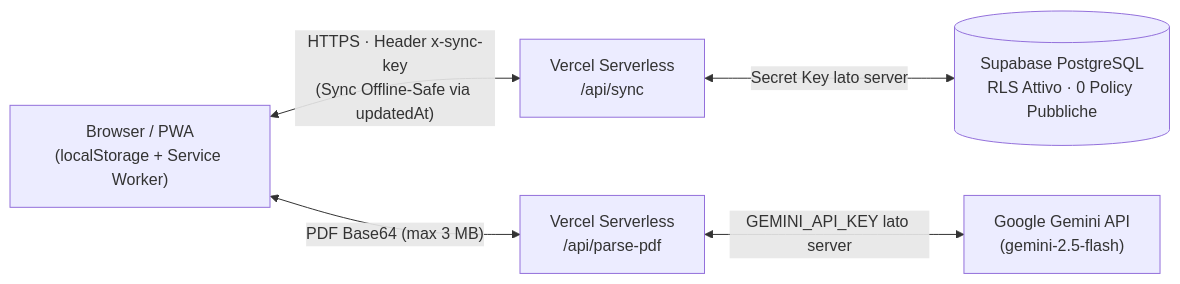
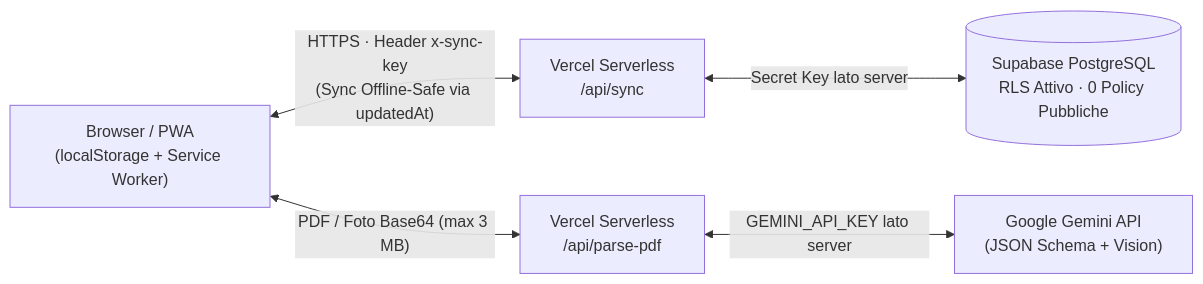
One commit to Dari0-cpu/AvanguardWorkOut changed the diagram in README.md. Above: the diagram before and after it, drawn with Mermaid. The commit also changed other lines of this file and 6 other files, not shown here.

````diff
--- a/README.md
+++ b/README.md
@@ -106,13 +106,13 @@
 ```mermaid
 flowchart LR
     PWA["Browser / PWA<br/>(localStorage + Service Worker)"]
     SYNC["Vercel Serverless<br/>/api/sync"]
     PDF["Vercel Serverless<br/>/api/parse-pdf"]
     DB[("Supabase PostgreSQL<br/>RLS Attivo · 0 Policy Pubbliche")]
-    AI["Google Gemini API<br/>(gemini-2.5-flash)"]
+    AI["Google Gemini API<br/>(JSON Schema + Vision)"]
 
     PWA <-->|"HTTPS · Header x-sync-key<br/>(Sync Offline-Safe via updatedAt)"| SYNC
     SYNC <-->|"Secret Key lato server"| DB
-    PWA <-->|"PDF Base64 (max 3 MB)"| PDF
+    PWA <-->|"PDF / Foto Base64 (max 3 MB)"| PDF
     PDF <-->|"GEMINI_API_KEY lato server"| AI
 ```
````
